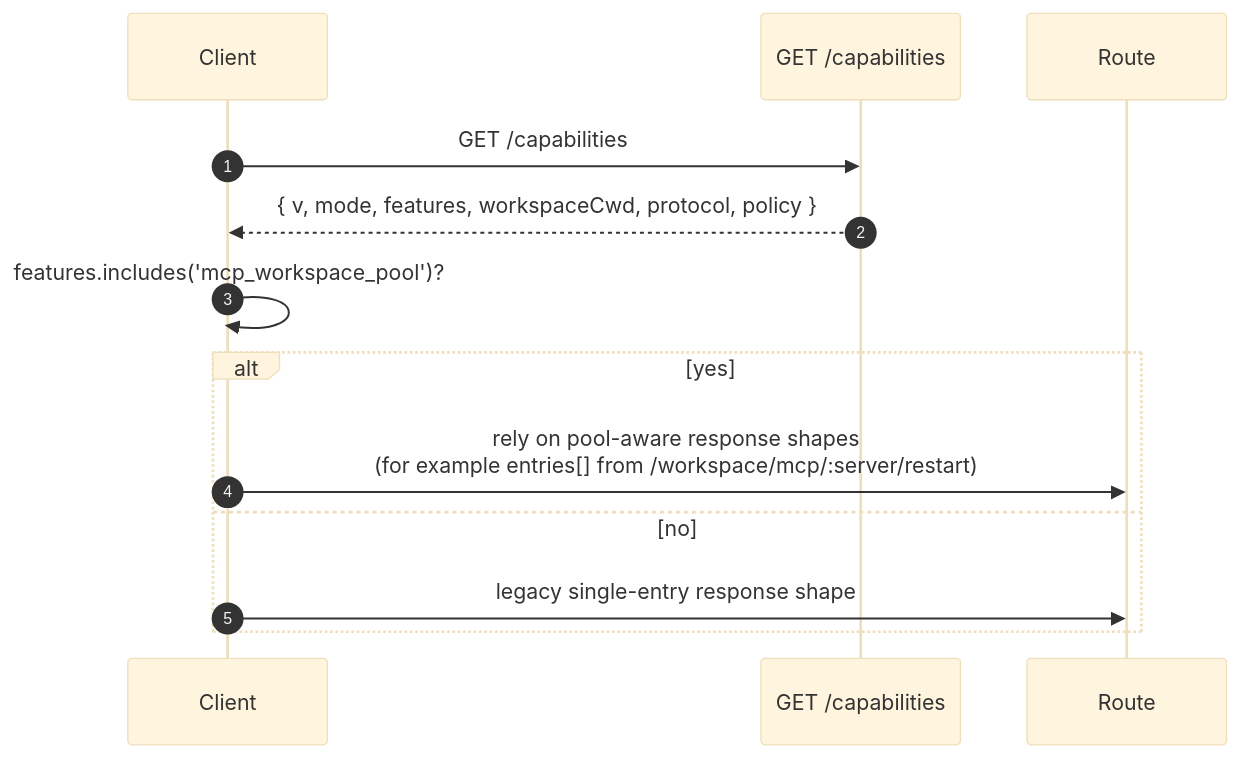
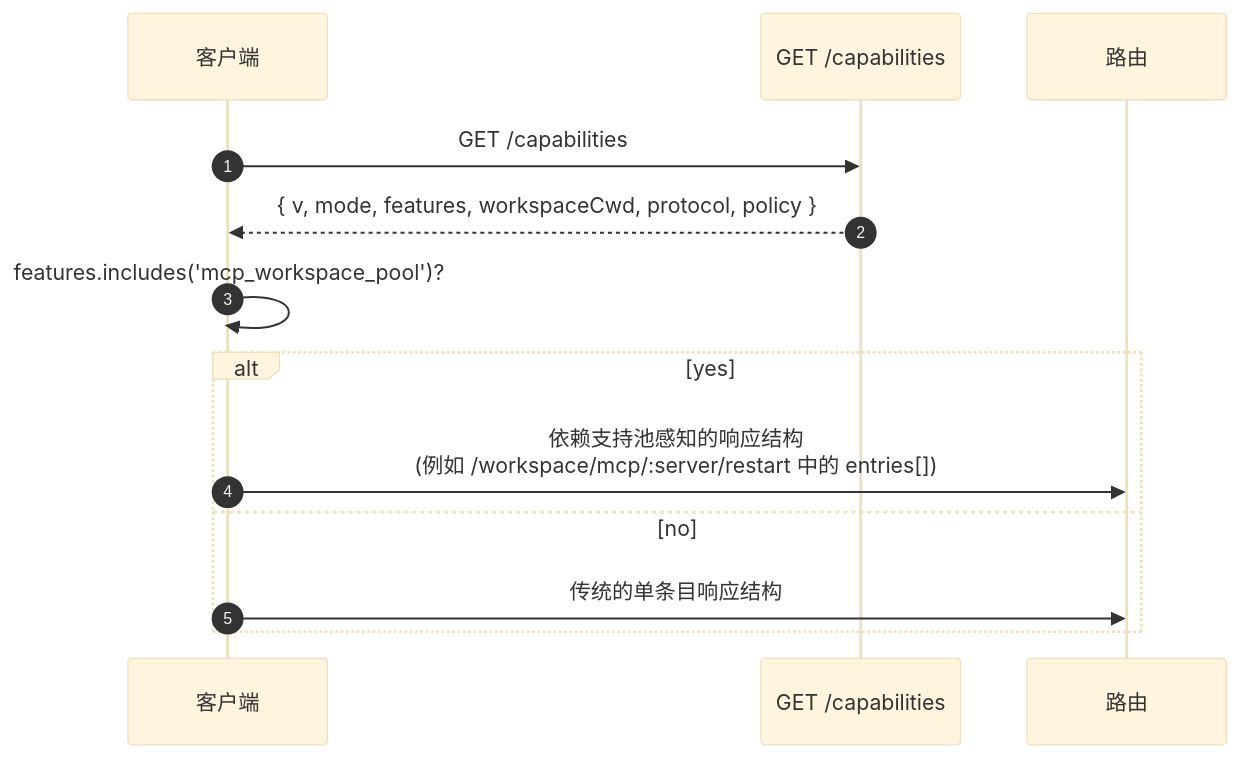
The second of 2 diagrams in website/content/zh/developers/daemon/11-capabilities-versioning.md (QwenLM/qwen-code-docs), drawn with Mermaid (base theme) before and after one commit. The commit also changed other lines of this file and 1077 other files, not shown here.

````diff
--- a/website/content/zh/developers/daemon/11-capabilities-versioning.md
+++ b/website/content/zh/developers/daemon/11-capabilities-versioning.md
@@ -132,16 +132,16 @@
 ```mermaid
 sequenceDiagram
     autonumber
-    participant C as Client
+    participant C as 客户端
     participant D as GET /capabilities
-    participant R as Route
+    participant R as 路由
 
     C->>D: GET /capabilities
     D-->>C: { v, mode, features, workspaceCwd, protocol, policy }
     C->>C: features.includes('mcp_workspace_pool')?
     alt yes
-        C->>R: rely on pool-aware response shapes<br/>(for example entries[] from /workspace/mcp/:server/restart)
+        C->>R: 依赖支持池感知的响应结构<br/>(例如 /workspace/mcp/:server/restart 中的 entries[])
     else no
-        C->>R: legacy single-entry response shape
+        C->>R: 传统的单条目响应结构
     end
 ```
````
